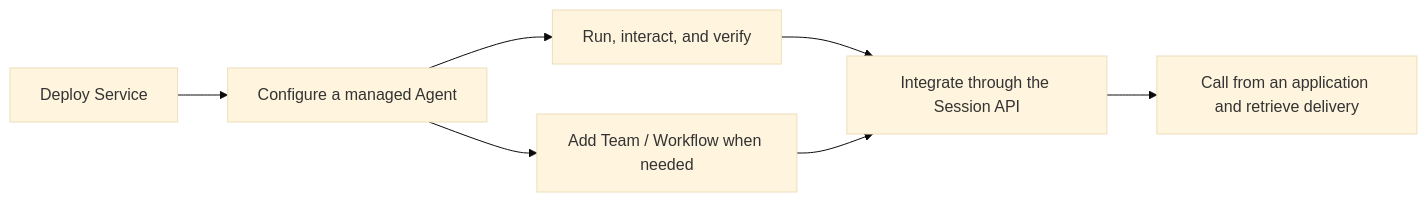
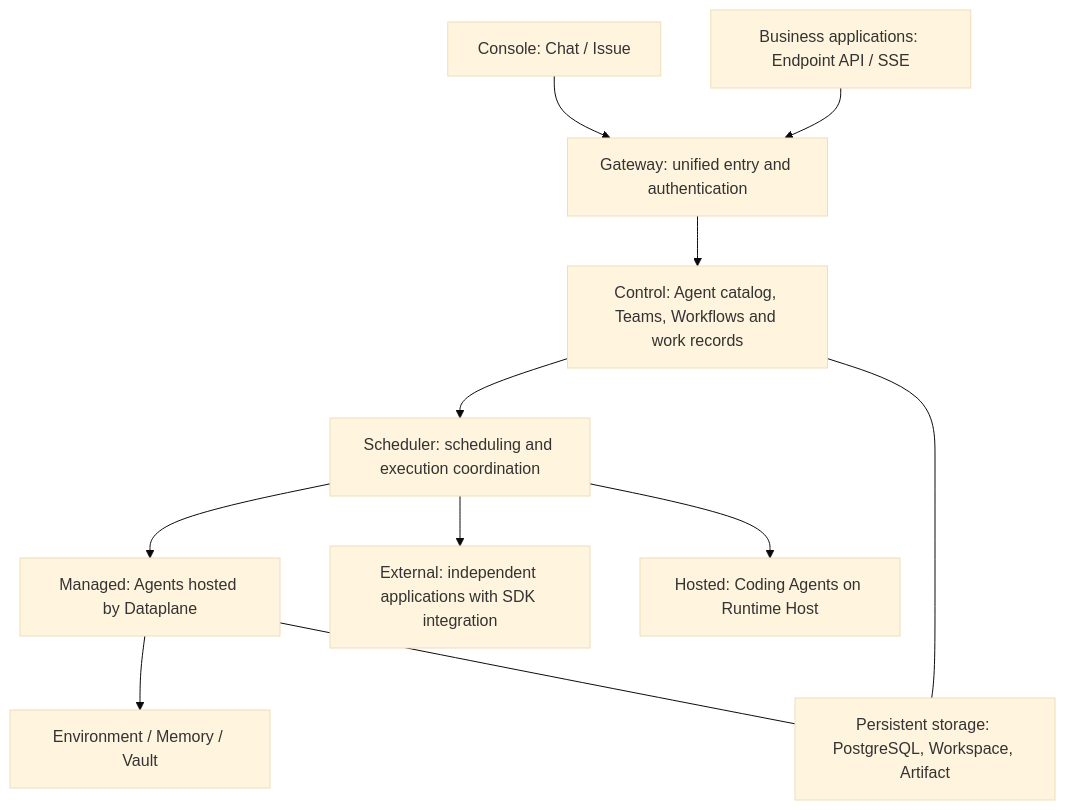
The diagram in docs/v2/en/service/index.md (agentscope-ai/agentscope-java), drawn with Mermaid (base theme) before and after one commit. The commit also changed other lines of this file and 3421 other files, not shown here.

First line of the commit message:
refactor: remove AgentScope Service and separate stable and dev docs

````diff
--- a/docs/v2/en/service/index.md
+++ b/docs/v2/en/service/index.md
@@ -47,9 +19,13 @@
 ```mermaid
-flowchart LR
-    D["Deploy Service"] --> A["Configure a managed Agent"]
-    A --> S["Run, interact, and verify"]
-    S --> E["Integrate through the Session API"]
-    E --> B["Call from an application and retrieve delivery"]
-    A --> C["Add Team / Workflow when needed"]
-    C --> E
+flowchart TB
+  U["Console: Chat / Issue"] --> G["Gateway: unified entry and authentication"]
+  A["Business applications: Endpoint API / SSE"] --> G
+  G --> C["Control: Agent catalog, Teams, Workflows and work records"]
+  C --> S["Scheduler: scheduling and execution coordination"]
+  S --> M["Managed: Agents hosted by Dataplane"]
+  S --> E["External: independent applications with SDK integration"]
+  S --> H["Hosted: Coding Agents on Runtime Host"]
+  M --> R["Environment / Memory / Vault"]
+  C --- P["Persistent storage: PostgreSQL, Workspace, Artifact"]
+  M --- P
 ```
````
